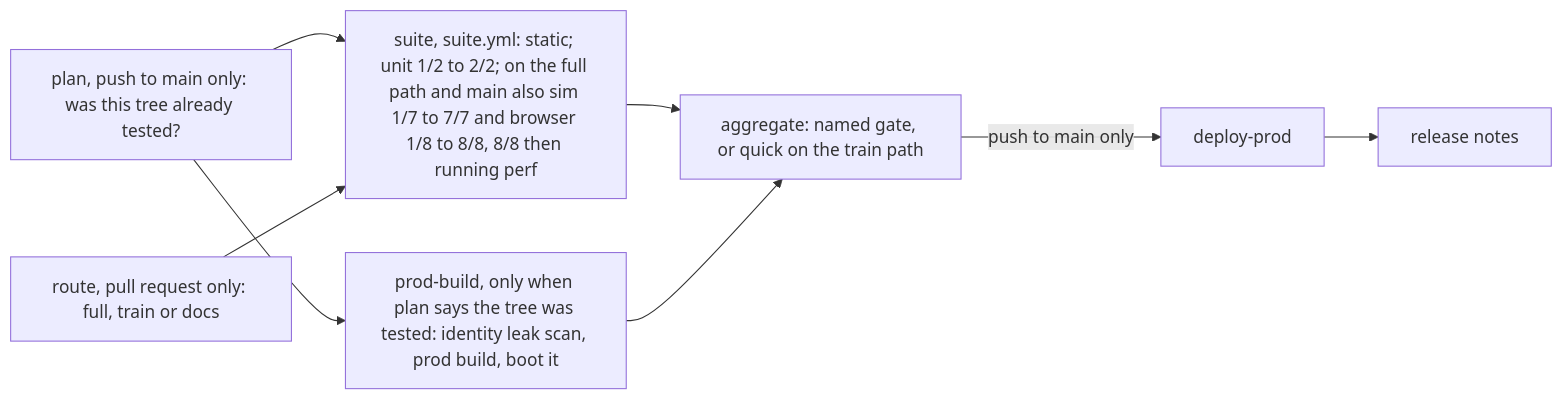
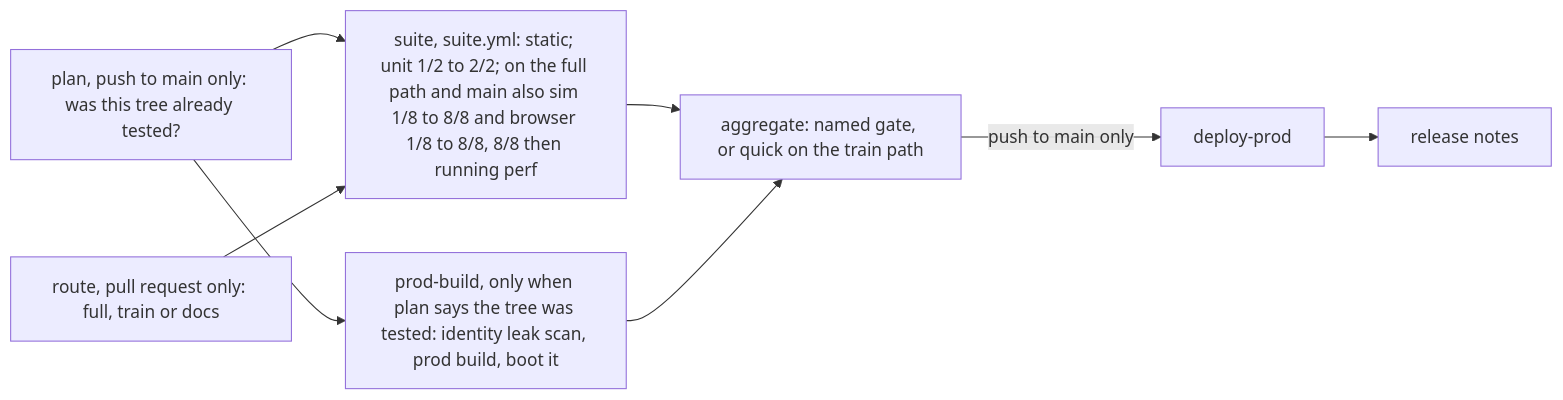
The diagram in docs/engineering.md (joshuasundance-swca/throttlebrawl), drawn with Mermaid before and after one commit. The commit also changed other lines of this file and 4 other files, not shown here.

````diff
--- a/docs/engineering.md
+++ b/docs/engineering.md
@@ -285,9 +285,9 @@
 ```mermaid
 flowchart LR
   P[plan, push to main only: was this tree already tested?] --> SU & B
   RT[route, pull request only: full, train or docs] --> SU
-  SU[suite, suite.yml: static; unit 1/2 to 2/2; on the full path and main also sim 1/7 to 7/7 and browser 1/8 to 8/8, 8/8 then running perf] --> G
+  SU[suite, suite.yml: static; unit 1/2 to 2/2; on the full path and main also sim 1/8 to 8/8 and browser 1/8 to 8/8, 8/8 then running perf] --> G
   B[prod-build, only when plan says the tree was tested: identity leak scan, prod build, boot it] --> G
   G[aggregate: named gate, or quick on the train path] -->|push to main only| D[deploy-prod]
   D --> R[release notes]
 ```
````
